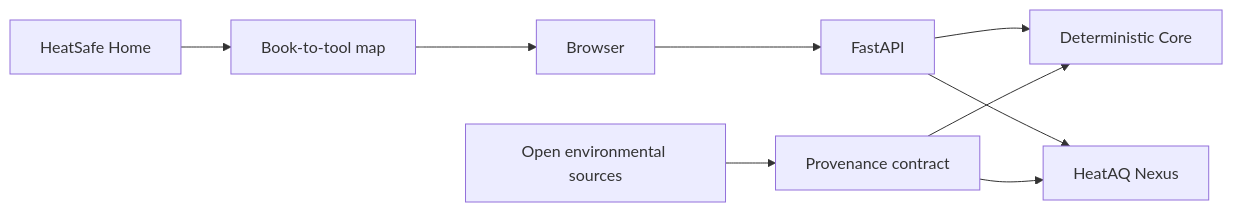
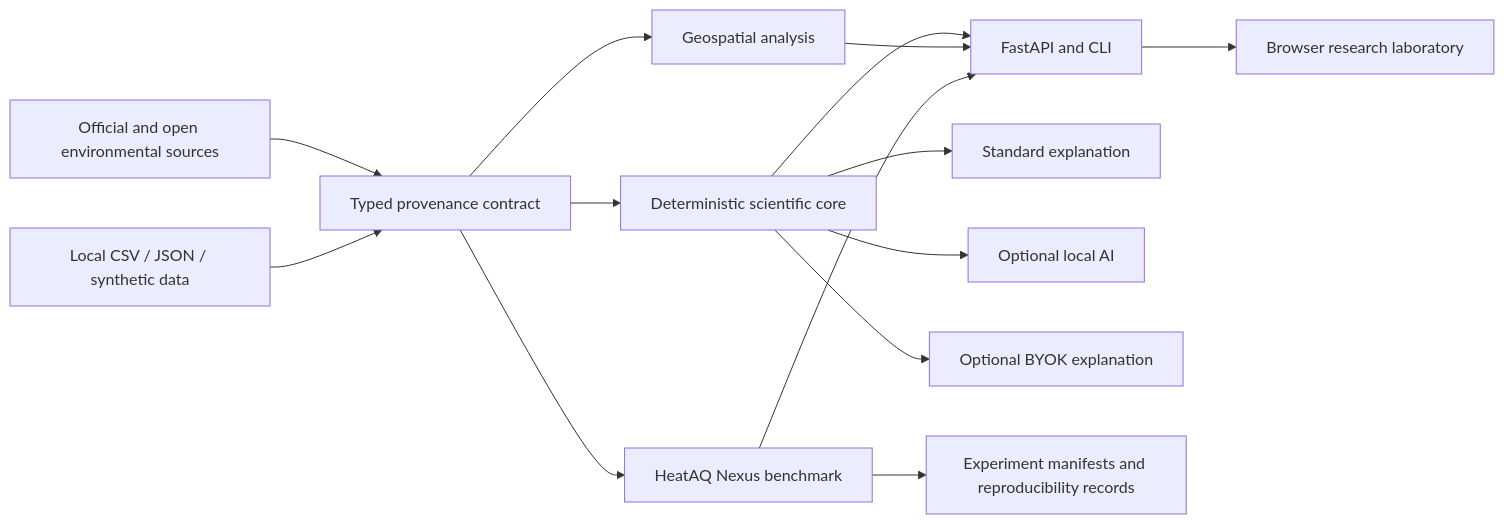
One commit to FaramarzKowsari/heatsafe-climate-air-quality-lab changed the diagram in README.md. Above: the diagram before and after it, drawn with Mermaid. The commit also changed other lines of this file and 58 other files, not shown here.

Commit message:
refactor: establish independent scientific research platform

````diff
--- a/README.md
+++ b/README.md
@@ -34,11 +58,16 @@
 ```mermaid
 flowchart LR
-  Browser --> API[FastAPI]
-  API --> Core[Deterministic Core]
-  API --> Nexus[HeatAQ Nexus]
-  Sources[Open environmental sources] --> Contract[Provenance contract]
-  Contract --> Core
-  Contract --> Nexus
-  Book[HeatSafe Home] --> Map[Book-to-tool map]
-  Map --> Browser
+  Sources[Official and open environmental sources] --> Contract[Typed provenance contract]
+  Local[Local CSV / JSON / synthetic data] --> Contract
+  Contract --> Core[Deterministic scientific core]
+  Contract --> Geo[Geospatial analysis]
+  Contract --> Nexus[HeatAQ Nexus benchmark]
+  Core --> API[FastAPI and CLI]
+  Geo --> API
+  Nexus --> API
+  API --> Browser[Browser research laboratory]
+  Core --> Explain[Standard explanation]
+  Core --> LocalAI[Optional local AI]
+  Core --> BYOK[Optional BYOK explanation]
+  Nexus --> Manifests[Experiment manifests and reproducibility records]
 ```
````
